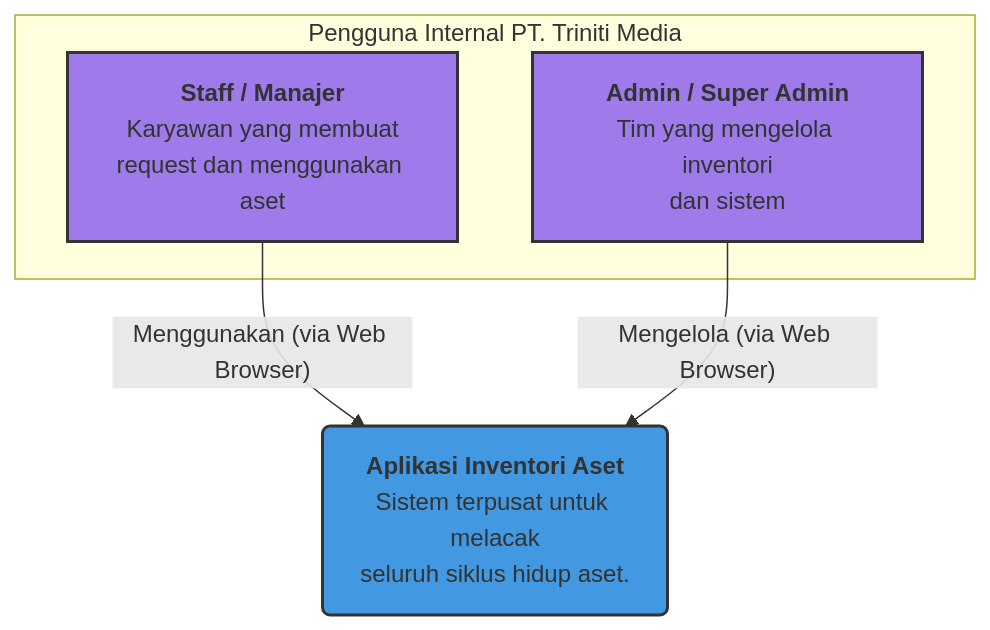
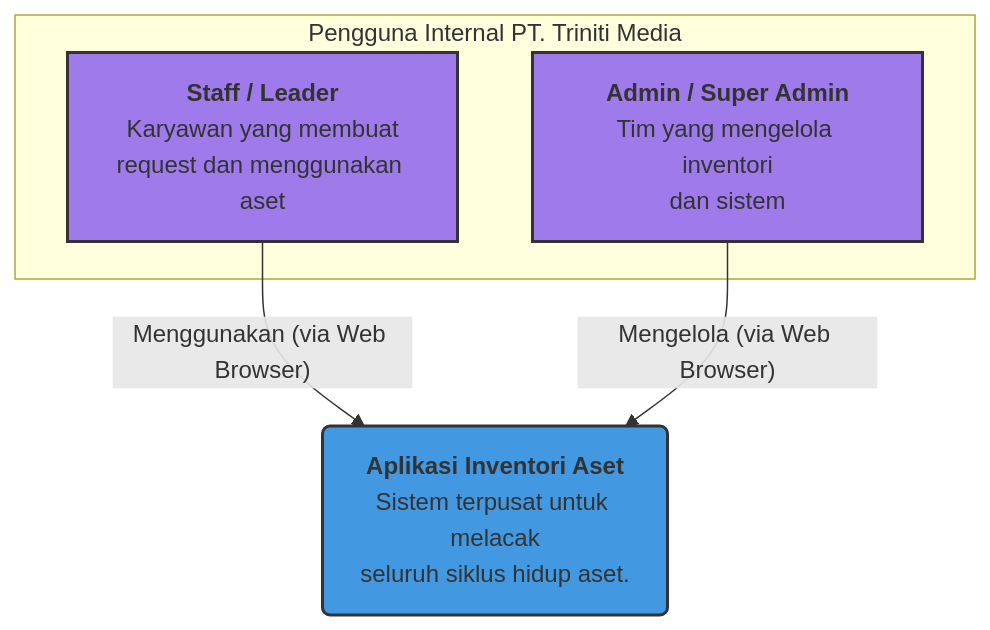
One commit to Asamaludi26/Inventory changed the first of 5 diagrams in Docs/01_CONCEPT_AND_ARCHITECTURE/ARCHITECTURE.md. Above: the diagram before and after it, drawn with Mermaid. The commit also changed 19 other files, not shown here.

````diff
--- a/Docs/01_CONCEPT_AND_ARCHITECTURE/ARCHITECTURE.md
+++ b/Docs/01_CONCEPT_AND_ARCHITECTURE/ARCHITECTURE.md
@@ -31,16 +31,16 @@
 ```mermaid
 graph TD
     subgraph "Pengguna Internal PT. Triniti Media"
-        A[<b>Staff / Manajer</b><br>Karyawan yang membuat<br>request dan menggunakan aset]
+        A[<b>Staff / Leader</b><br>Karyawan yang membuat<br>request dan menggunakan aset]
         B[<b>Admin / Super Admin</b><br>Tim yang mengelola inventori<br>dan sistem]
     end
 
     C(<b>Aplikasi Inventori Aset</b><br>Sistem terpusat untuk melacak<br>seluruh siklus hidup aset.)
 
     A -- "Menggunakan (via Web Browser)" --> C
     B -- "Mengelola (via Web Browser)" --> C
     
     style A fill:#9f7aea,stroke:#333,stroke-width:2px
     style B fill:#9f7aea,stroke:#333,stroke-width:2px
     style C fill:#4299e1,stroke:#333,stroke-width:2px
 ```
````
